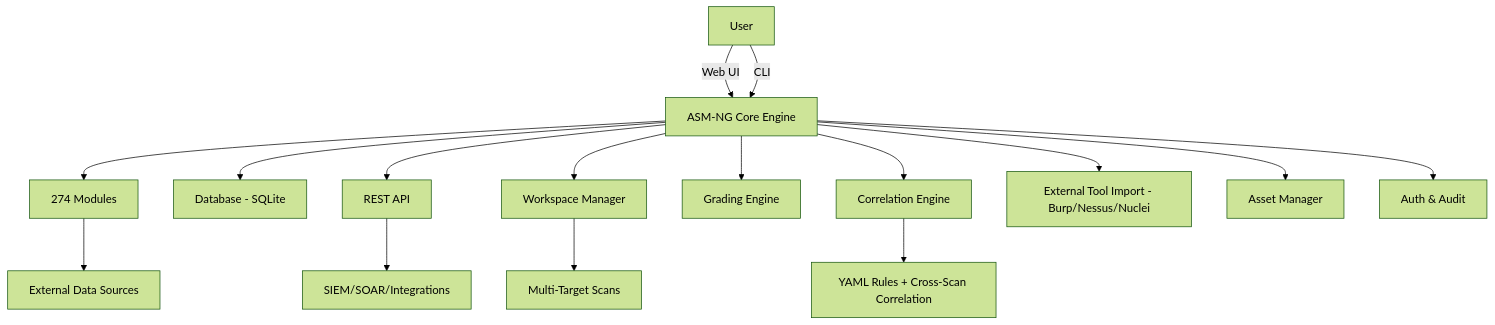
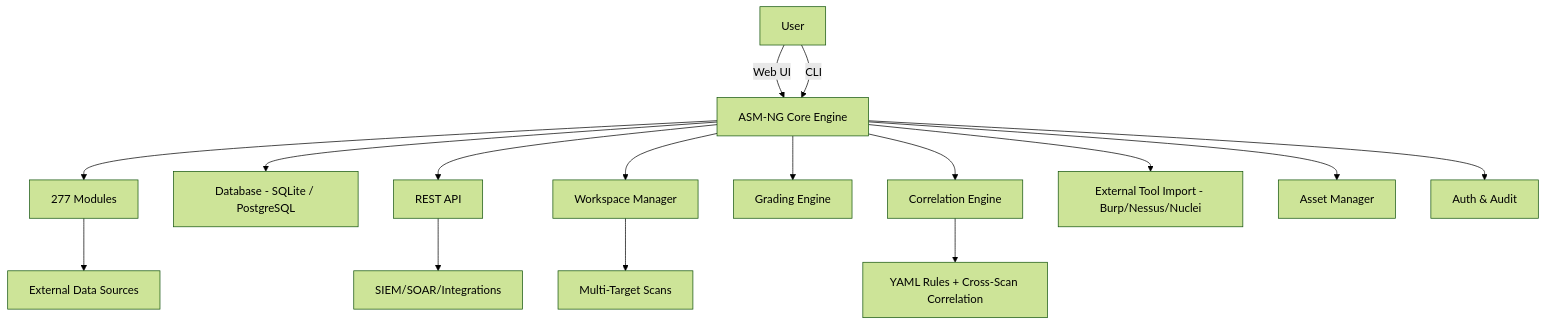
One commit to 0x31i/asm-ng changed the second of 2 diagrams in README.md. Above: the diagram before and after it, drawn with Mermaid (forest theme). The commit also changed other lines of this file and 3 other files, not shown here.

First line of the commit message:
Update documentation for AI recon modules and PostgreSQL backend

````diff
--- a/README.md
+++ b/README.md
@@ -346,18 +408,18 @@
 ```mermaid
 graph TD;
     A[User] -->|Web UI| B[ASM-NG Core Engine];
     A -->|CLI| B;
-    B --> C[274 Modules];
-    B --> D[Database - SQLite];
+    B --> C[277 Modules];
+    B --> D[Database - SQLite / PostgreSQL];
     B --> E[REST API];
     B --> F[Workspace Manager];
     B --> G[Grading Engine];
     B --> H[Correlation Engine];
     C --> I[External Data Sources];
     E --> J[SIEM/SOAR/Integrations];
     F --> K[Multi-Target Scans];
     H --> L[YAML Rules + Cross-Scan Correlation];
     B --> M[External Tool Import - Burp/Nessus/Nuclei];
     B --> N[Asset Manager];
     B --> O[Auth & Audit];
 ```
````
